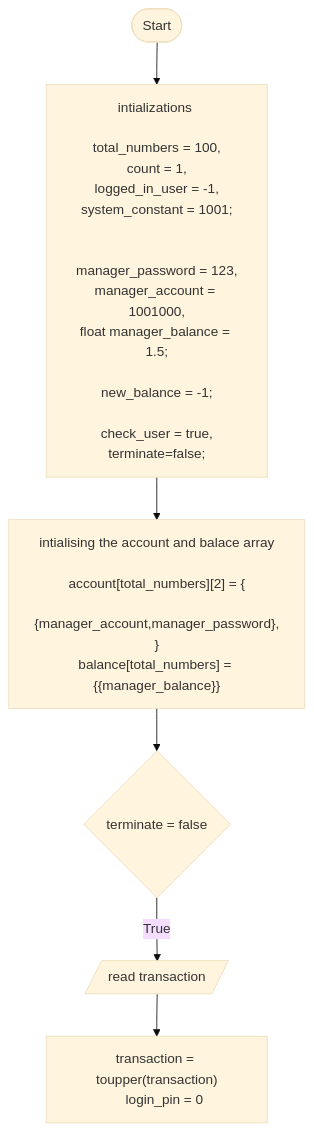
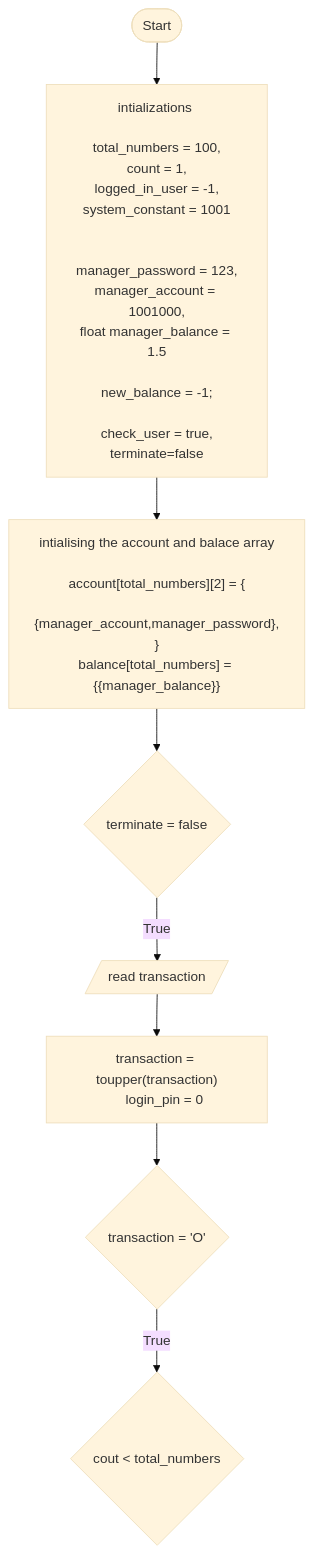
Before and after one commit to Ludis-ET/Bank-Account: the first of 2 diagrams in FoP I/flowchart.md, drawn with Mermaid (base theme).

````diff
--- a/FoP I/flowchart.md
+++ b/FoP I/flowchart.md
@@ -1,45 +1,47 @@
 ```mermaid
     flowchart TD;
     A([Start])-->B["
     intializations 
 
     total_numbers = 100,
     count = 1,
     logged_in_user = -1,
-    system_constant = 1001;
+    system_constant = 1001
 
 
     manager_password = 123,
     manager_account = 1001000,
-    float manager_balance = 1.5;
+    float manager_balance = 1.5
     
     new_balance = -1;
 
     check_user = true,
-    terminate=false;
+    terminate=false
     
     "];
 
 
     B-->C["
     
     intialising the account and balace array
 
     account[total_numbers][2] = {
         {manager_account,manager_password},
     }
     balance[total_numbers] = {{manager_balance}}
 
     "];
 
 
     C-->D{terminate = false}
     D -->|True| E[/read transaction/]
     E -->F["
         transaction = toupper(transaction)
         login_pin = 0
     "]
+    F --> G{transaction = 'O'}
+    G --> |True| G1{cout < total_numbers}
 
 
     
 ```
````
